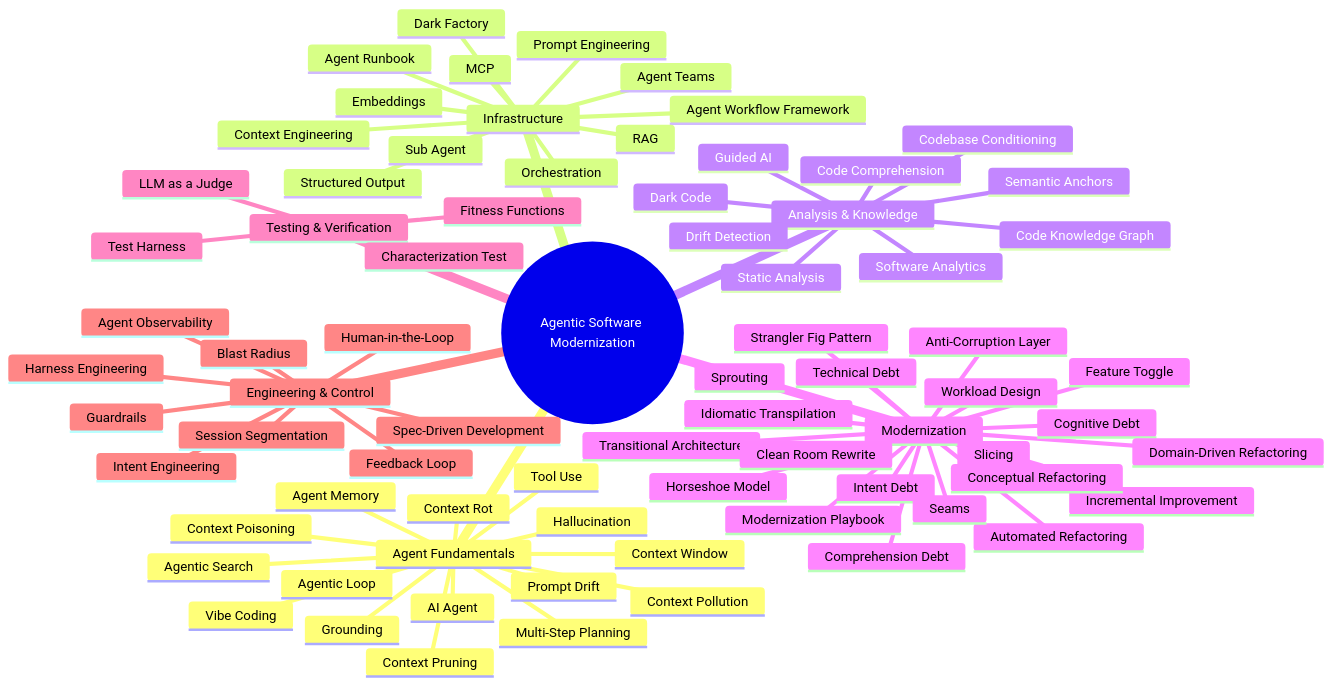
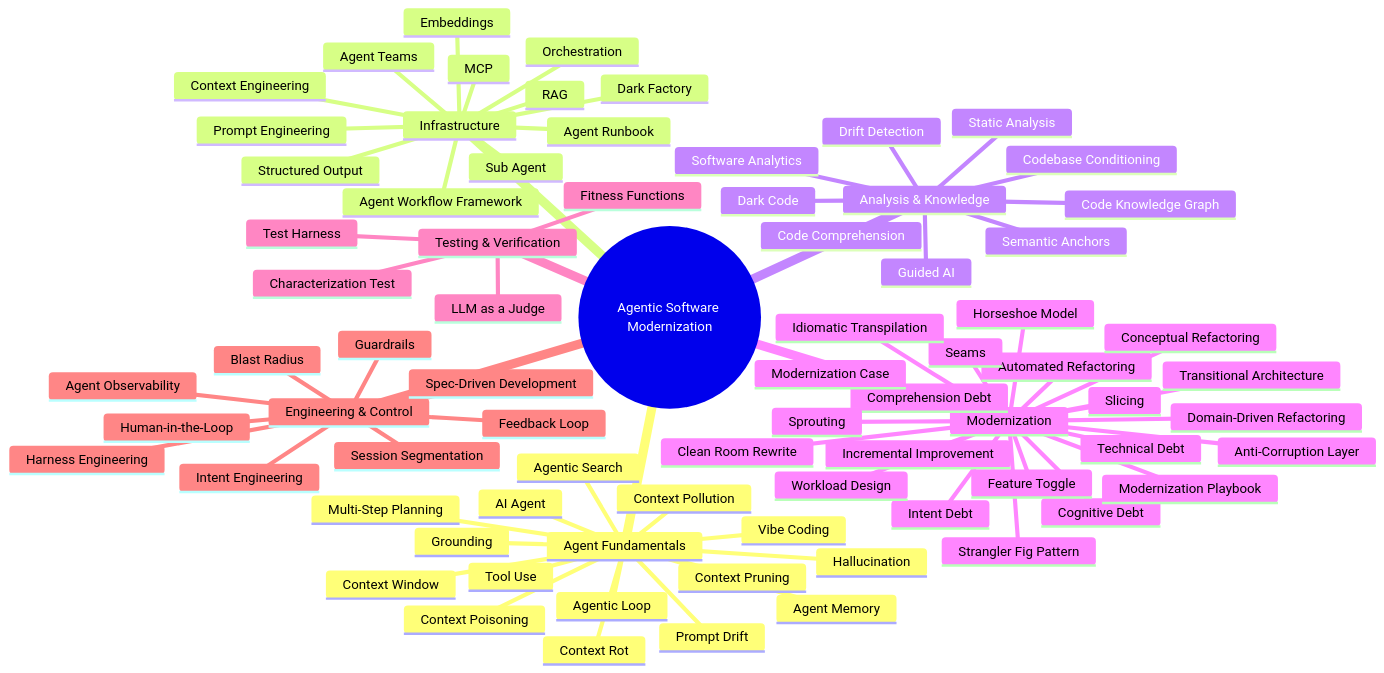
Before and after one commit to feststelltaste/asm-glossary: the seventh of 7 diagrams in CONCEPT_MAP.md, drawn with Mermaid. The commit also changed other lines of this file and 13 other files, not shown here.

Commit message:
add modernization case

````diff
--- a/CONCEPT_MAP.md
+++ b/CONCEPT_MAP.md
@@ -184,79 +204,80 @@
 ```mermaid
 mindmap
   root((Agentic Software Modernization))
     Agent Fundamentals
       AI Agent
       Agentic Loop
       Agentic Search
       Tool Use
       Context Window
       Agent Memory
       Multi-Step Planning
       Hallucination
       Context Rot
       Context Poisoning
       Context Pollution
       Context Pruning
       Prompt Drift
       Grounding
       Vibe Coding
     Infrastructure
       MCP
       Orchestration
       Agent Workflow Framework
       Sub Agent
       Agent Teams
       Structured Output
       Embeddings
       Prompt Engineering
       Context Engineering
       RAG
       Agent Runbook
       Dark Factory
     Analysis & Knowledge
       Code Comprehension
       Code Knowledge Graph
       Static Analysis
       Drift Detection
       Guided AI
       Codebase Conditioning
       Semantic Anchors
       Software Analytics
       Dark Code
     Modernization
       Technical Debt
       Cognitive Debt
       Comprehension Debt
       Intent Debt
       Strangler Fig Pattern
       Anti-Corruption Layer
       Automated Refactoring
       Sprouting
       Seams
       Incremental Improvement
       Domain-Driven Refactoring
       Slicing
       Feature Toggle
       Transitional Architecture
       Modernization Playbook
+      Modernization Case
       Workload Design
       Conceptual Refactoring
       Clean Room Rewrite
       Horseshoe Model
       Idiomatic Transpilation
     Testing & Verification
       Test Harness
       Characterization Test
       Fitness Functions
       LLM as a Judge
     Engineering & Control
       Harness Engineering
       Intent Engineering
       Spec-Driven Development
       Guardrails
       Human-in-the-Loop
       Feedback Loop
       Session Segmentation
       Agent Observability
       Blast Radius
 ```
````
